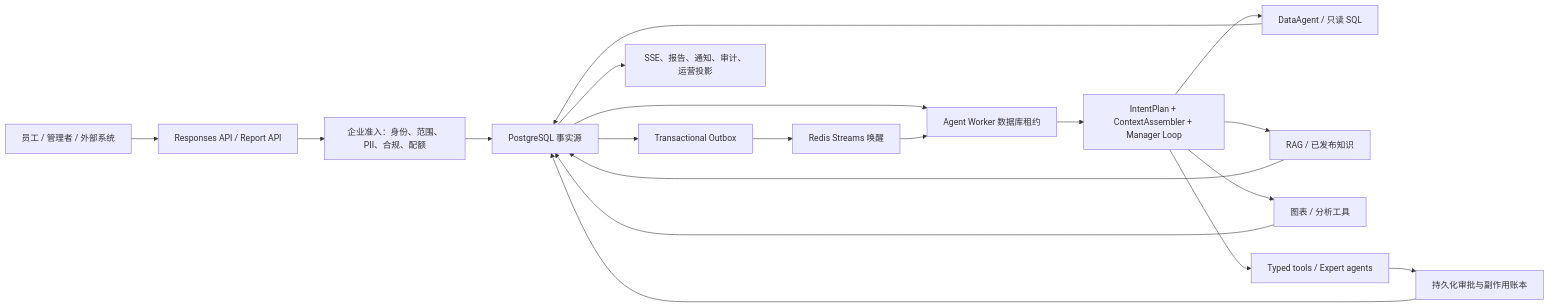
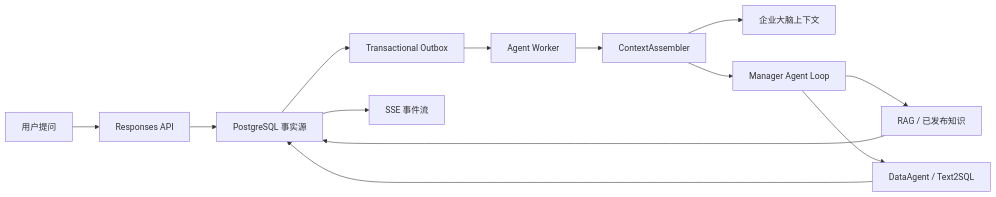
The diagram in docs/architecture/enterprise_organization_os.md (SongJok/OpenTrace), drawn with Mermaid before and after one commit. The commit also changed other lines of this file and 145 other files, not shown here.

````diff
--- a/docs/architecture/enterprise_organization_os.md
+++ b/docs/architecture/enterprise_organization_os.md
@@ -7,21 +8,15 @@
 ```mermaid
 flowchart LR
-  U["员工 / 管理者 / 外部系统"] --> API["Responses API / Report API"]
-  API --> AD["企业准入：身份、范围、PII、合规、配额"]
-  AD --> PG["PostgreSQL 事实源"]
-  PG --> O["Transactional Outbox"]
-  O --> RS["Redis Streams 唤醒"]
-  PG --> W["Agent Worker 数据库租约"]
-  RS --> W
-  W --> L["IntentPlan + ContextAssembler + Manager Loop"]
-  L --> D["DataAgent / 只读 SQL"]
-  L --> R["RAG / 已发布知识"]
-  L --> C["图表 / 分析工具"]
-  L --> T["Typed tools / Expert agents"]
-  T --> A["持久化审批与副作用账本"]
+  U[用户提问] --> API[Responses API]
+  API --> PG[PostgreSQL 事实源]
+  PG --> O[Transactional Outbox]
+  O --> W[Agent Worker]
+  W --> C[ContextAssembler]
+  C --> B[企业大脑上下文]
+  C --> L[Manager Agent Loop]
+  L --> R[RAG / 已发布知识]
+  L --> D[DataAgent / Text2SQL]
+  R --> PG
   D --> PG
-  R --> PG
-  C --> PG
-  A --> PG
-  PG --> P["SSE、报告、通知、审计、运营投影"]
+  PG --> S[SSE 事件流]
 ```
````
